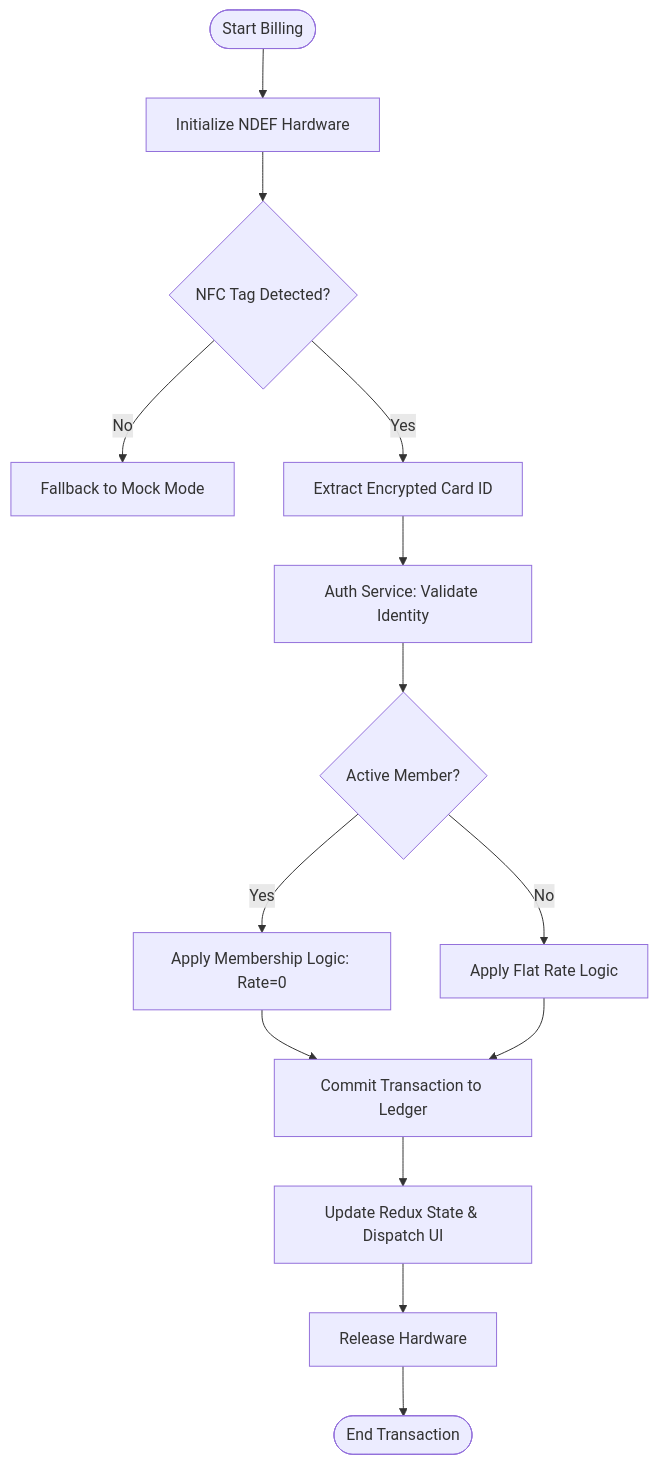
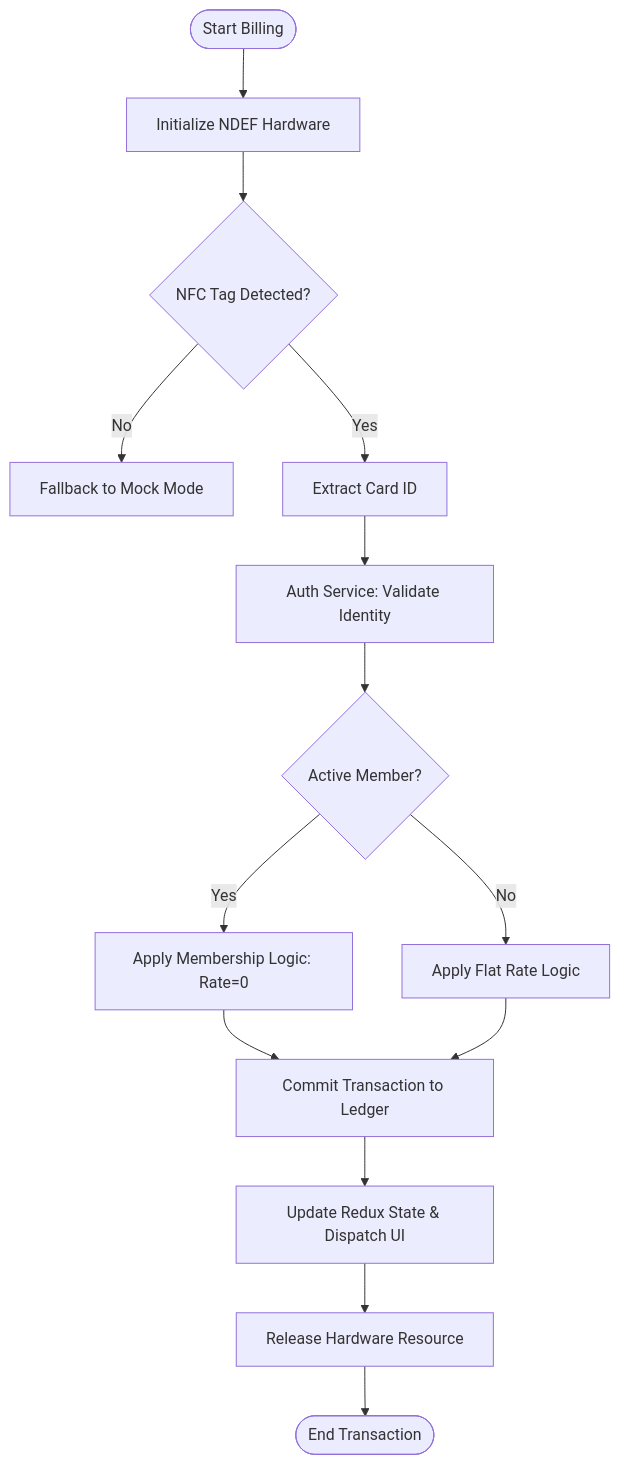
One commit to valdomuhammaddd/NFC-Automated-Parking-Debit changed the second of 2 diagrams in README.md. Above: the diagram before and after it, drawn with Mermaid. The commit also changed other lines of this file, not shown here.

`````diff
--- a/README.md
+++ b/README.md
@@ -93,16 +91,16 @@
 ```mermaid
 graph TD
     A([Start Billing]) --> B[Initialize NDEF Hardware]
     B --> C{NFC Tag Detected?}
     C -- No --> D[Fallback to Mock Mode]
-    C -- Yes --> E[Extract Encrypted Card ID]
+    C -- Yes --> E[Extract Card ID]
     E --> F[Auth Service: Validate Identity]
     F --> G{Active Member?}
     G -- Yes --> H[Apply Membership Logic: Rate=0]
     G -- No --> I[Apply Flat Rate Logic]
     H --> J[Commit Transaction to Ledger]
     I --> J
     J --> K[Update Redux State & Dispatch UI]
-    K --> L[Release Hardware]
+    K --> L[Release Hardware Resource]
     L --> M([End Transaction])
-````
+```
`````
